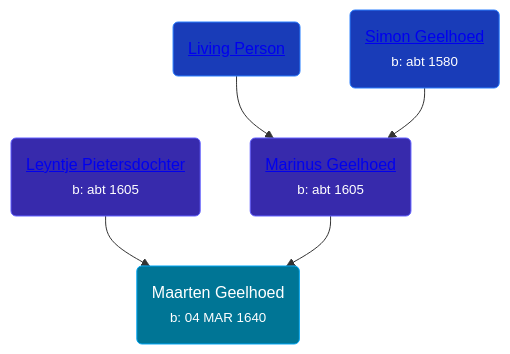
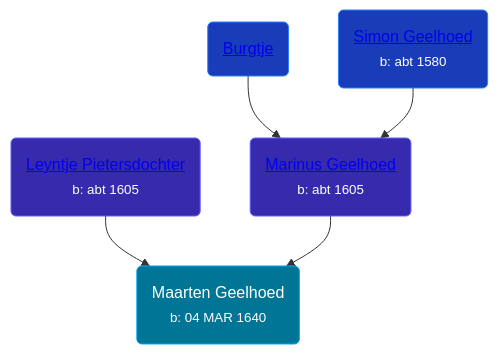
One commit to wpmgotkh/wpmgotkh.github.io changed the diagram in pages/people/7/7846330.md. Above: the diagram before and after it, drawn with Mermaid. The commit also changed 586 other files, not shown here.

Commit message:
feat: better shouldConsiderPersonLiving algo

````diff
--- a/pages/people/7/7846330.md
+++ b/pages/people/7/7846330.md
@@ -11,11 +11,11 @@
 ```mermaid
 graph
 classDef grands fill:#193cb8,stroke:#2b7fff,stroke-width:1px,color:#fff;
 classDef parents fill:#372aac,stroke:#615fff,stroke-width:1px,color:#fff;
 classDef primary fill:#007595,stroke:#00a6f4,stroke-width:1px,color:#fff;
 7846330(Maarten Geelhoed<br /><small>b: 04 MAR 1640</small>):::primary
 34853086(<a class="text-white" href="/people/3/34853086">Leyntje Pietersdochter</a><br /><small>b: abt 1605</small>):::parents-->7846330
 47020978(<a class="text-white" href="/people/4/47020978">Marinus Geelhoed</a><br /><small>b: abt 1605</small>):::parents-->7846330
-19894026(<a class="text-white" href="/people/1/19894026">Living Person</a>):::grands-->47020978
+19894026(<a class="text-white" href="/people/1/19894026">Burgtje </a>):::grands-->47020978
 784264(<a class="text-white" href="/people/7/784264">Simon Geelhoed</a><br /><small>b: abt 1580</small>):::grands-->47020978
 ```
````
